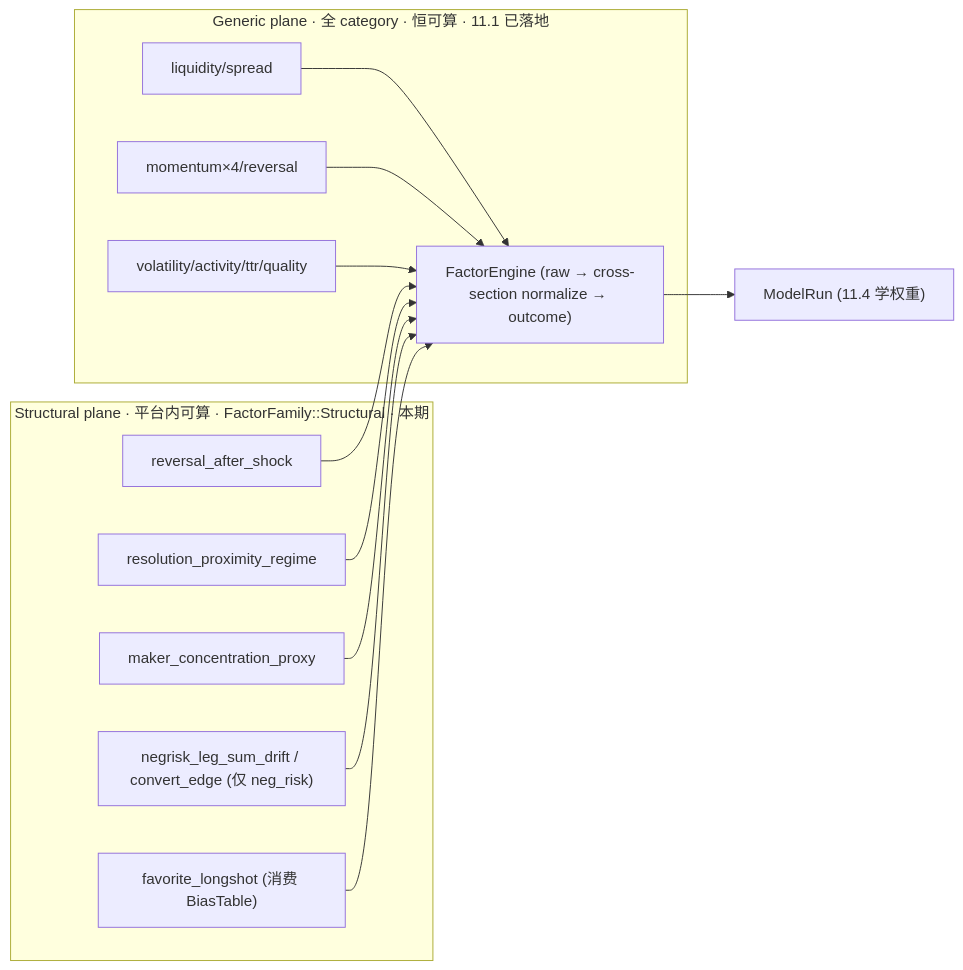
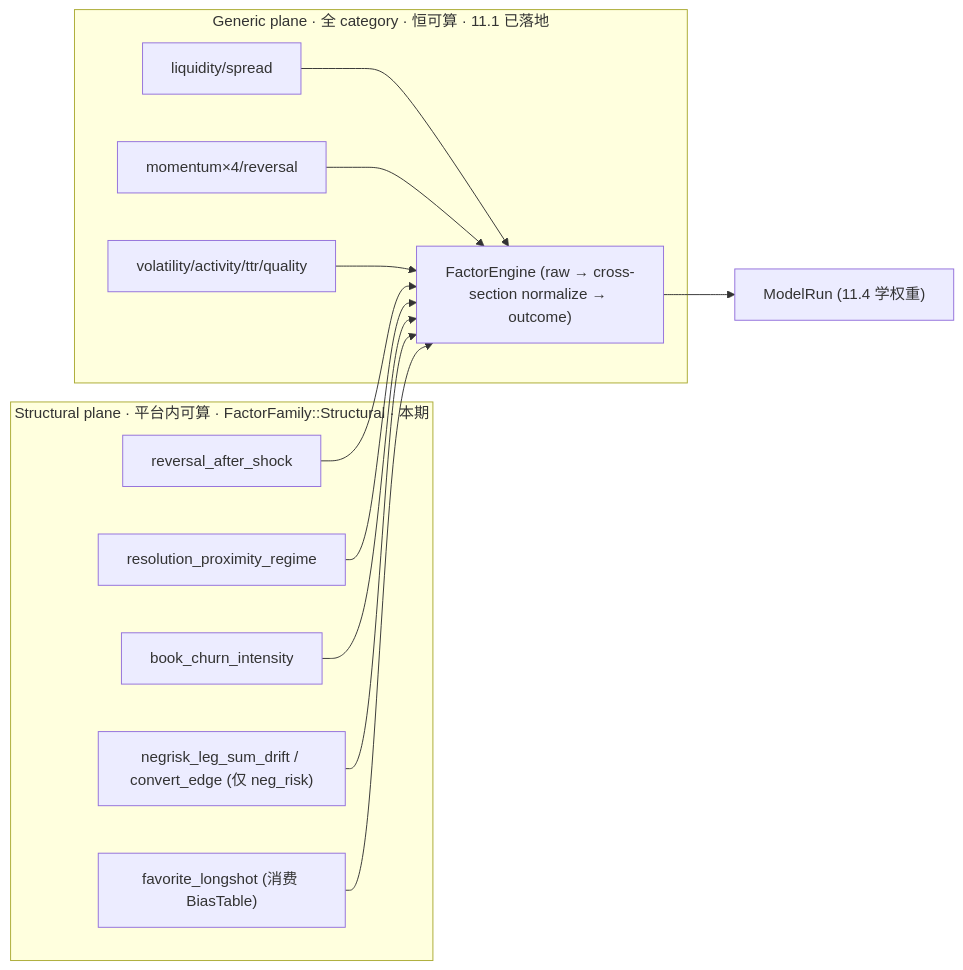
One commit to solomon-ssy/oxide-arb changed the diagram in docs/plans/quant-pivot/phase-11/11.2.1-platform-structural-alpha.md. Above: the diagram before and after it, drawn with Mermaid. The commit also changed other lines of this file and 107 other files, not shown here.

````diff
--- a/docs/plans/quant-pivot/phase-11/11.2.1-platform-structural-alpha.md
+++ b/docs/plans/quant-pivot/phase-11/11.2.1-platform-structural-alpha.md
@@ -87,16 +87,16 @@
 ```mermaid
 flowchart LR
   subgraph gen [Generic plane · 全 category · 恒可算 · 11.1 已落地]
     G1[liquidity/spread] --> ENG
     G2[momentum×4/reversal] --> ENG
     G3[volatility/activity/ttr/quality] --> ENG
   end
   subgraph str [Structural plane · 平台内可算 · FactorFamily::Structural · 本期]
     S1[reversal_after_shock] --> ENG
     S2[resolution_proximity_regime] --> ENG
-    S3[maker_concentration_proxy] --> ENG
+    S3[book_churn_intensity] --> ENG
     S4["negrisk_leg_sum_drift / convert_edge (仅 neg_risk)"] --> ENG
     S5["favorite_longshot (消费 BiasTable)"] --> ENG
   end
   ENG["FactorEngine (raw → cross-section normalize → outcome)"] --> MODEL["ModelRun (11.4 学权重)"]
 ```
````
